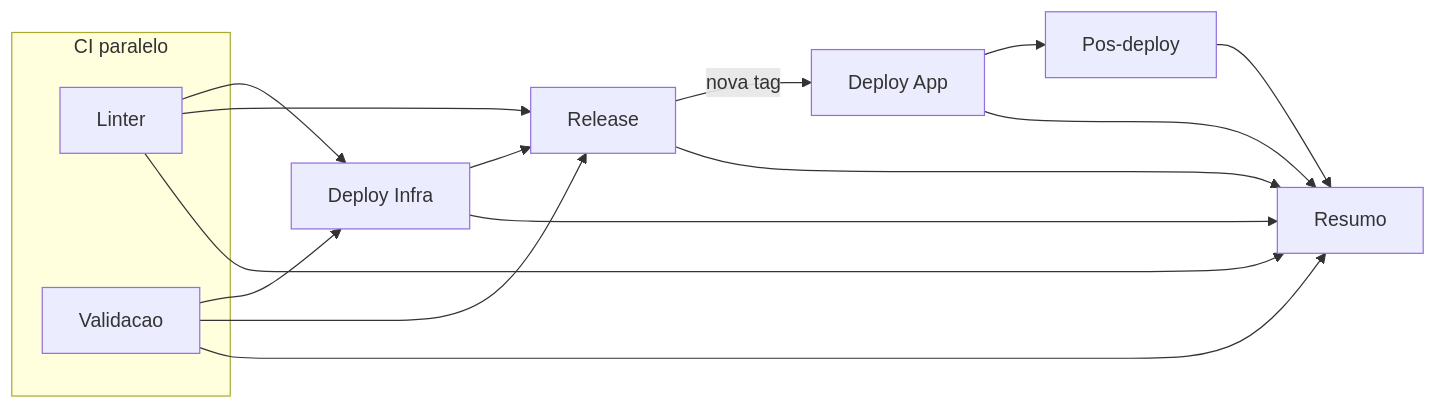
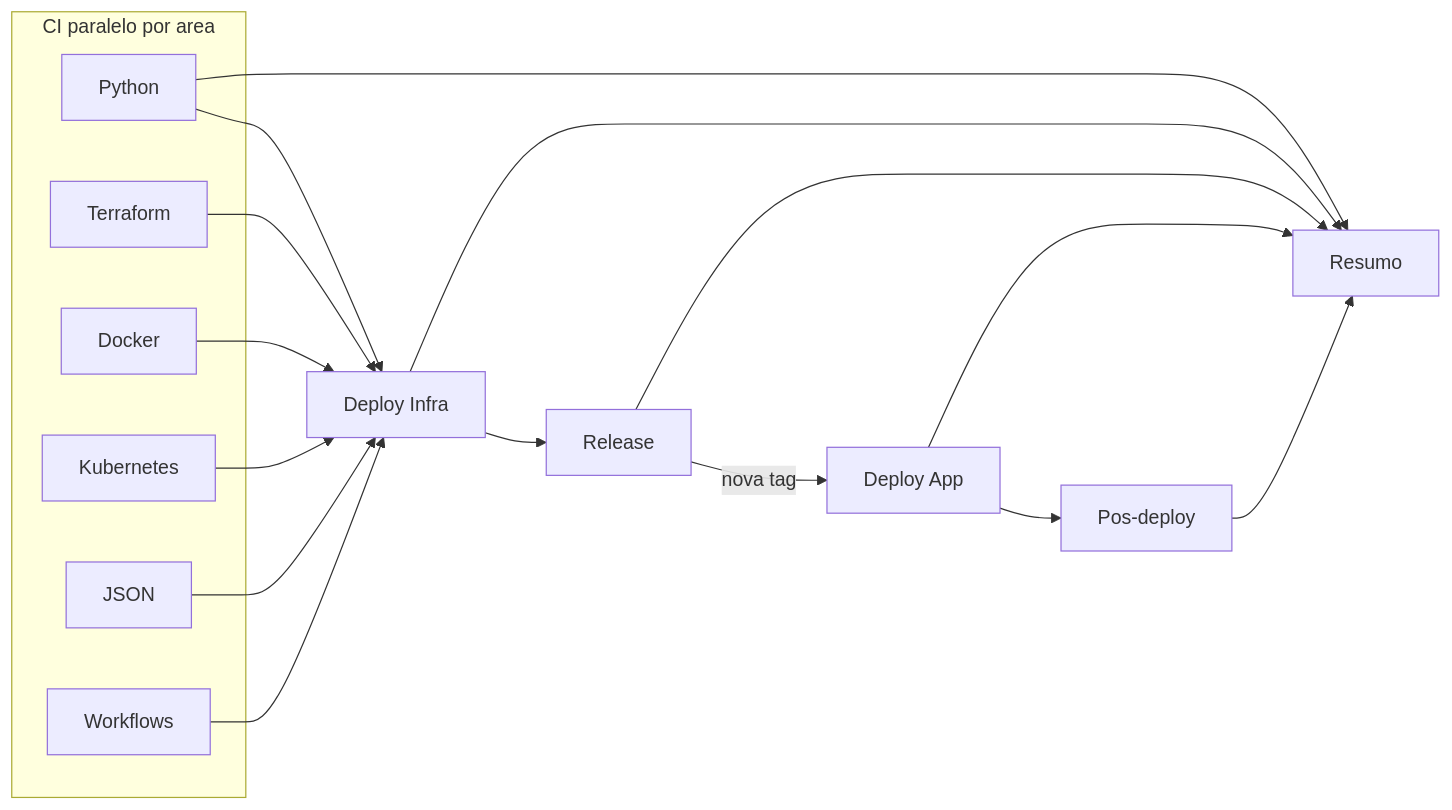
One commit to victorh-silveira/minecraft-core-server changed the diagram in .github/README.md. Above: the diagram before and after it, drawn with Mermaid. The commit also changed other lines of this file and 32 other files, not shown here.

````diff
--- a/.github/README.md
+++ b/.github/README.md
@@ -7,20 +7,25 @@
 ```mermaid
 flowchart LR
-  subgraph ci [CI paralelo]
-    L[Linter]
-    V[Validacao]
+  subgraph ci [CI paralelo por area]
+    PY[Python]
+    TF[Terraform]
+    DK[Docker]
+    K8[Kubernetes]
+    JS[JSON]
+    WF[Workflows]
   end
-  L --> I[Deploy Infra]
-  V --> I
-  L --> R[Release]
-  V --> R
-  I --> R
+  PY --> I[Deploy Infra]
+  TF --> I
+  DK --> I
+  K8 --> I
+  JS --> I
+  WF --> I
+  I --> R[Release]
   R -->|nova tag| A[Deploy App]
   A --> P[Pos-deploy]
-  I --> S[Resumo]
-  V --> S
-  L --> S
+  PY --> S[Resumo]
+  I --> S
   R --> S
   A --> S
   P --> S
 ```
````
